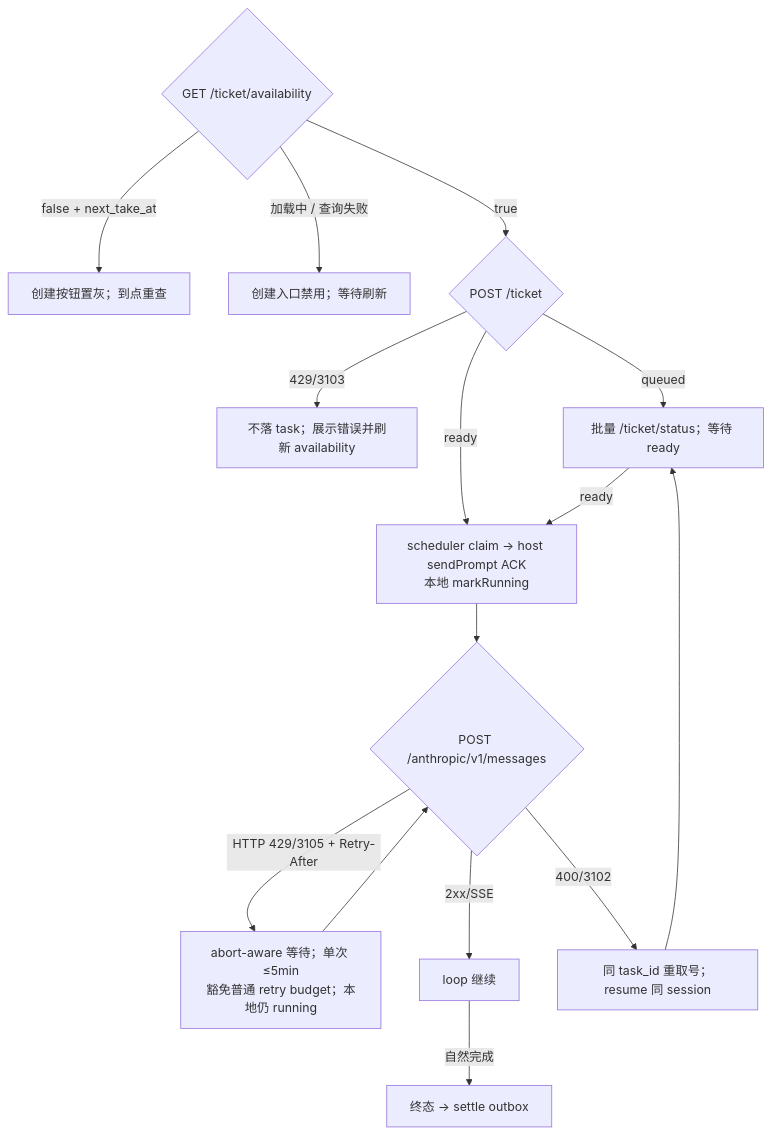
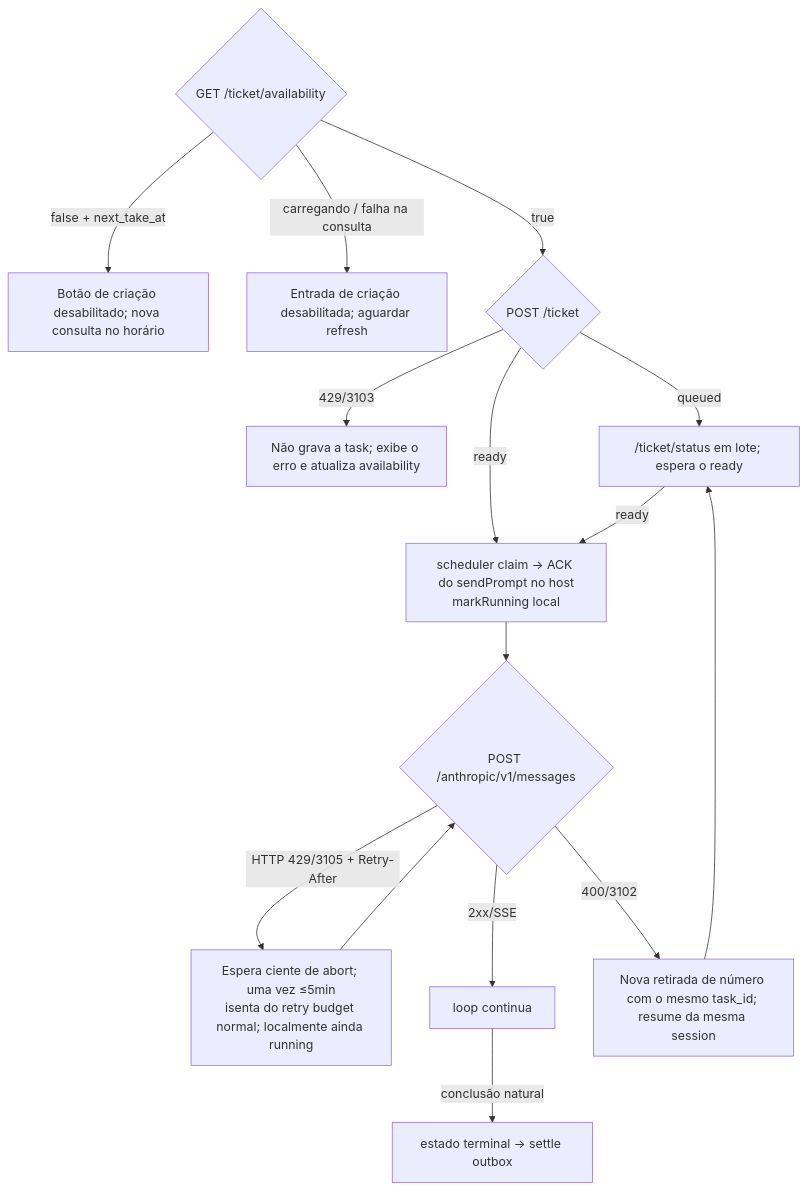
Before and after one commit to JoaoNetoDev/BR-Code: the tenth of 11 diagrams in docs/off-peak-task/tech-design.md, drawn with Mermaid. The commit also changed other lines of this file and 14 other files, not shown here.

First line of the commit message:
docs: traduz rótulos de diagramas ASCII e mermaid para português

````diff
--- a/docs/off-peak-task/tech-design.md
+++ b/docs/off-peak-task/tech-design.md
@@ -727,16 +728,16 @@
 ```mermaid
 flowchart TD
   A{"GET /ticket/availability"}
-  A -->|"false + next_take_at"| A0["创建按钮置灰；到点重查"]
-  A -->|"加载中 / 查询失败"| A1["创建入口禁用；等待刷新"]
+  A -->|"false + next_take_at"| A0["Botão de criação desabilitado; nova consulta no horário"]
+  A -->|"carregando / falha na consulta"| A1["Entrada de criação desabilitada; aguardar refresh"]
   A -->|"true"| T{"POST /ticket"}
-  T -->|"429/3103"| T0["不落 task；展示错误并刷新 availability"]
-  T -->|"queued"| Q["批量 /ticket/status；等待 ready"]
+  T -->|"429/3103"| T0["Não grava a task; exibe o erro e atualiza availability"]
+  T -->|"queued"| Q["/ticket/status em lote; espera o ready"]
   T -->|"ready"| D
-  Q -->|"ready"| D["scheduler claim → host sendPrompt ACK<br/>本地 markRunning"]
+  Q -->|"ready"| D["scheduler claim → ACK do sendPrompt no host<br/>markRunning local"]
   D --> G{"POST /anthropic/v1/messages"}
-  G -->|"HTTP 429/3105 + Retry-After"| G0["abort-aware 等待；单次 ≤5min<br/>豁免普通 retry budget；本地仍 running"] --> G
-  G -->|"2xx/SSE"| R["loop 继续"]
-  G -->|"400/3102"| X["同 task_id 重取号；resume 同 session"] --> Q
-  R -->|"自然完成"| E["终态 → settle outbox"]
+  G -->|"HTTP 429/3105 + Retry-After"| G0["Espera ciente de abort; uma vez ≤5min<br/>isenta do retry budget normal; localmente ainda running"] --> G
+  G -->|"2xx/SSE"| R["loop continua"]
+  G -->|"400/3102"| X["Nova retirada de número com o mesmo task_id; resume da mesma session"] --> Q
+  R -->|"conclusão natural"| E["estado terminal → settle outbox"]
 ```
````
